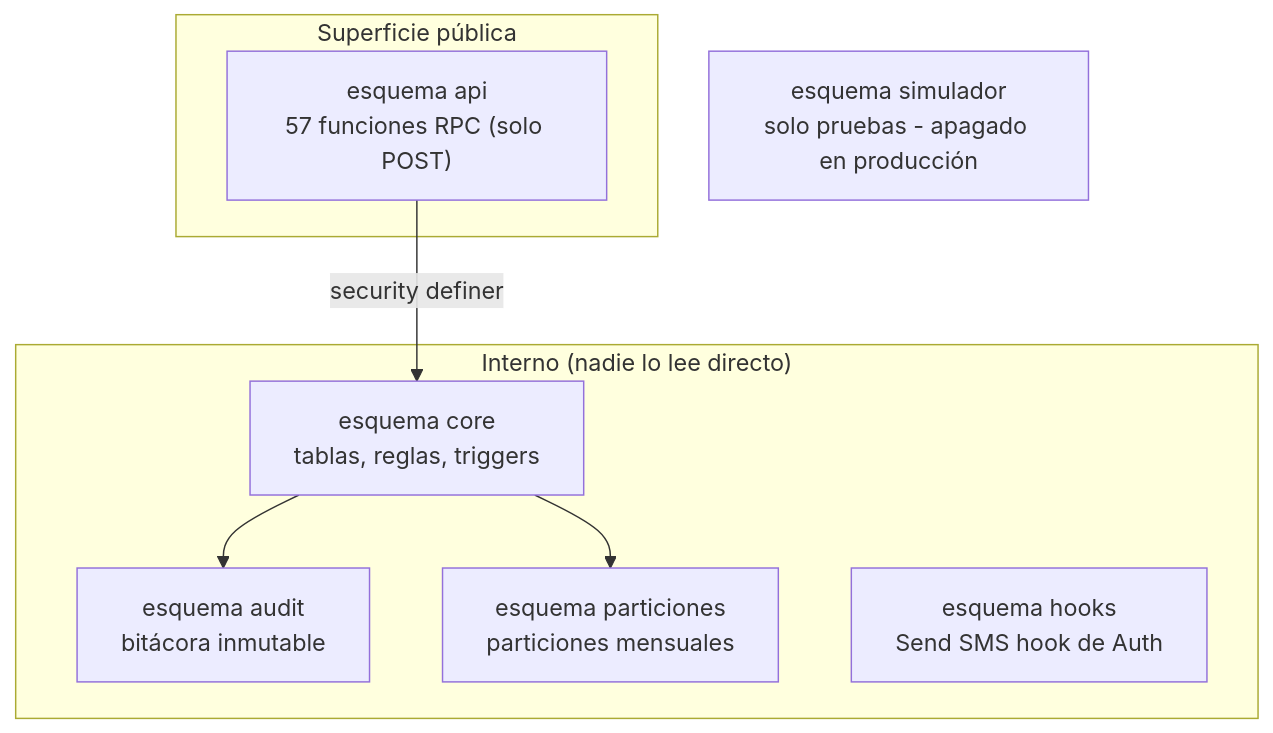
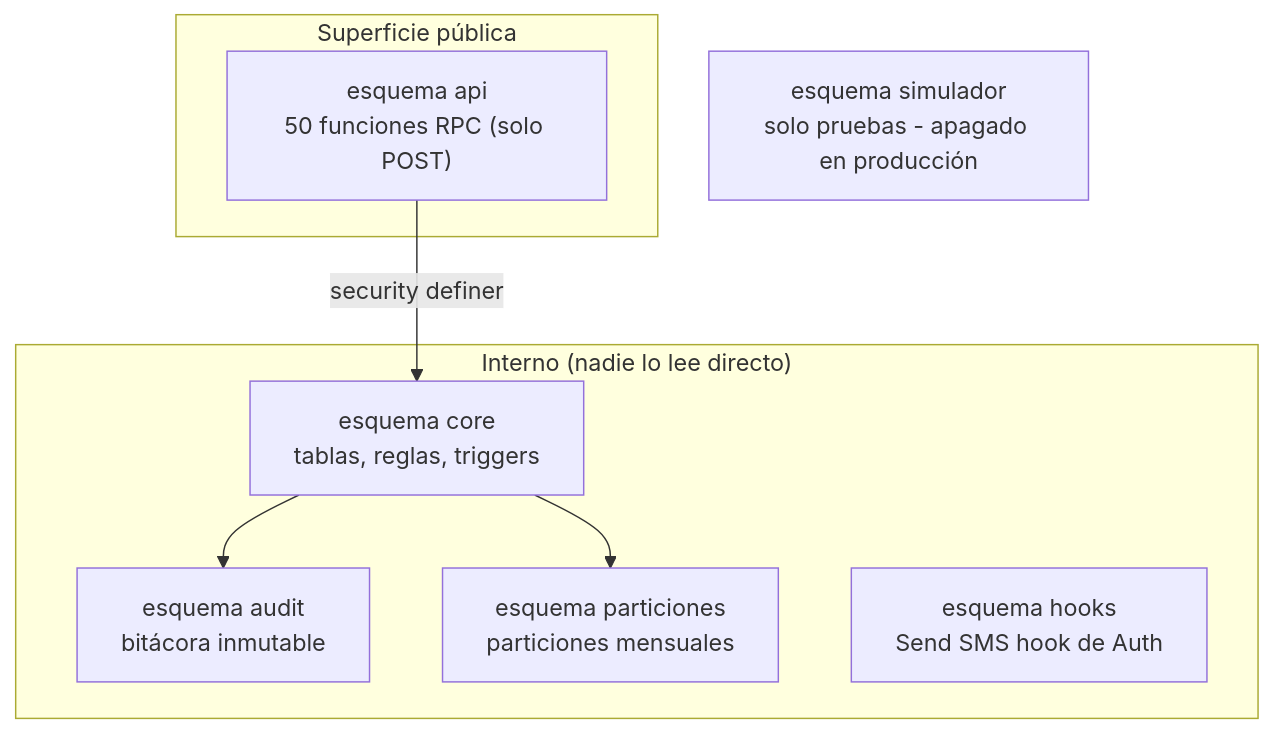
Before and after one commit to eduardomv2/hackathon-puebla: the second of 9 diagrams in docs/arquitectura/02_arquitectura_y_diagramas.md, drawn with Mermaid. The commit also changed 9 other files, not shown here.

````diff
--- a/docs/arquitectura/02_arquitectura_y_diagramas.md
+++ b/docs/arquitectura/02_arquitectura_y_diagramas.md
@@ -63,16 +63,16 @@
 ```mermaid
 flowchart TB
   subgraph pub["Superficie pública"]
-    API["esquema api<br/>57 funciones RPC (solo POST)"]
+    API["esquema api<br/>50 funciones RPC (solo POST)"]
   end
   subgraph prv["Interno (nadie lo lee directo)"]
     CORE["esquema core<br/>tablas, reglas, triggers"]
     AUD["esquema audit<br/>bitácora inmutable"]
     PART["esquema particiones<br/>particiones mensuales"]
     HOOKS["esquema hooks<br/>Send SMS hook de Auth"]
   end
   SIM["esquema simulador<br/>solo pruebas - apagado en producción"]
   API -->|security definer| CORE
   CORE --> AUD
   CORE --> PART
 ```
````
